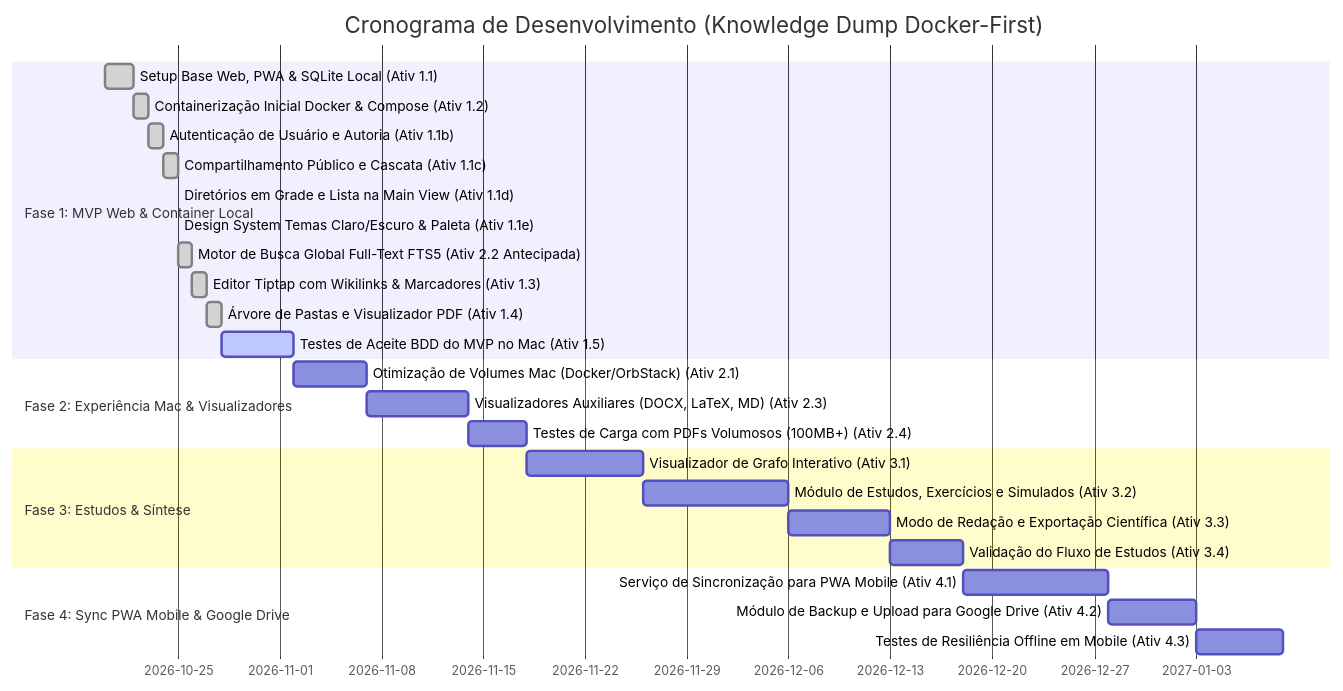
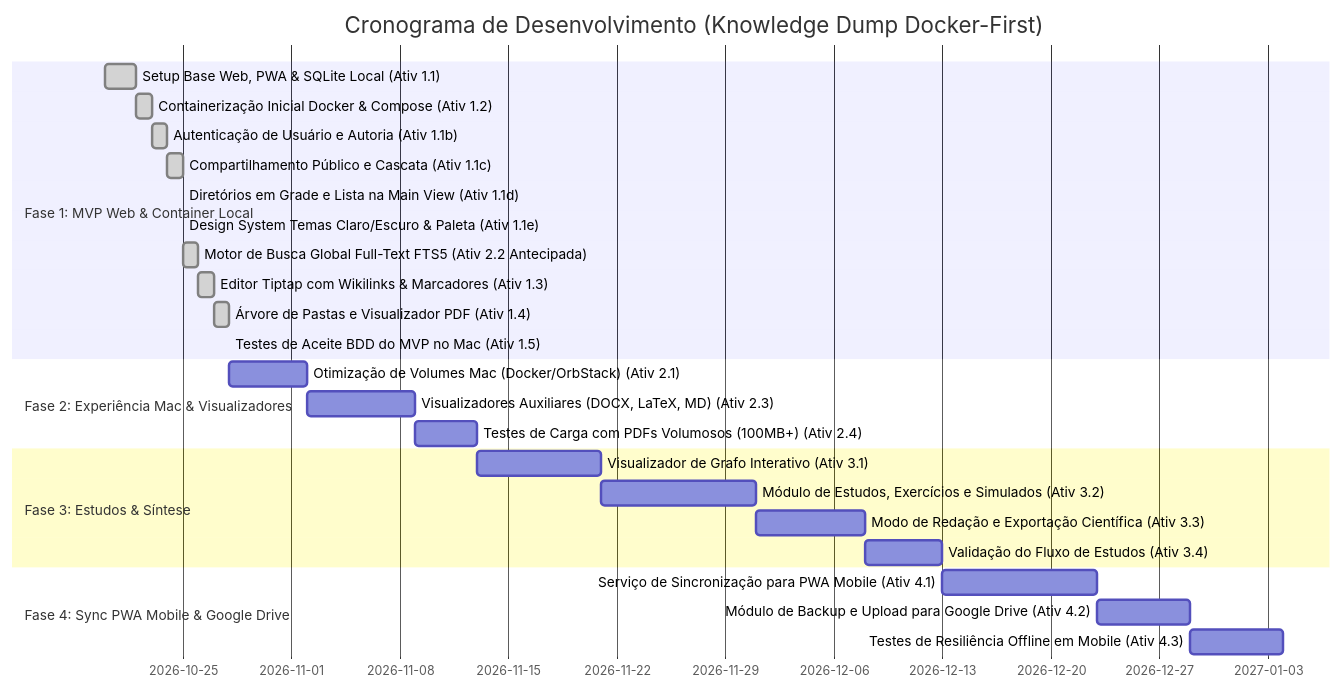
The second of 2 diagrams in docs/arquitetura_e_roadmap.md (victor-reghini/knowledge-dump), drawn with Mermaid before and after one commit. The commit also changed other lines of this file and 2 other files, not shown here.

Commit message:
test(homologacao): add MVP Docker acceptance tests and BDD validation suite

````diff
--- a/docs/arquitetura_e_roadmap.md
+++ b/docs/arquitetura_e_roadmap.md
@@ -56,32 +56,32 @@
 ```mermaid
 gantt
     title Cronograma de Desenvolvimento (Knowledge Dump Docker-First)
     dateFormat  YYYY-MM-DD
     section Fase 1: MVP Web & Container Local
     Setup Base Web, PWA & SQLite Local (Ativ 1.1)             :done, a1, 2026-10-20, 2026-10-22
     Containerização Inicial Docker & Compose (Ativ 1.2)        :done, a2, 2026-10-22, 2026-10-23
     Autenticação de Usuário e Autoria (Ativ 1.1b)              :done, a1b, 2026-10-23, 2026-10-24
     Compartilhamento Público e Cascata (Ativ 1.1c)             :done, a1c, 2026-10-24, 2026-10-25
     Diretórios em Grade e Lista na Main View (Ativ 1.1d)       :done, a1d, 2026-10-25, 2026-10-25
     Design System Temas Claro/Escuro & Paleta (Ativ 1.1e)      :done, a1e, 2026-10-25, 2026-10-25
     Motor de Busca Global Full-Text FTS5 (Ativ 2.2 Antecipada) :done, b2, 2026-10-25, 2026-10-26
     Editor Tiptap com Wikilinks & Marcadores (Ativ 1.3)        :done, a3, 2026-10-26, 2026-10-27
     Árvore de Pastas e Visualizador PDF (Ativ 1.4)             :done, a4, 2026-10-27, 2026-10-28
-    Testes de Aceite BDD do MVP no Mac (Ativ 1.5)              :active, a5, 2026-10-28, 5d
+    Testes de Aceite BDD do MVP no Mac (Ativ 1.5)              :done, a5, 2026-10-28, 2026-10-28
 
     section Fase 2: Experiência Mac & Visualizadores
     Otimização de Volumes Mac (Docker/OrbStack) (Ativ 2.1)     :b1, after a5, 5d
     Visualizadores Auxiliares (DOCX, LaTeX, MD) (Ativ 2.3)     :b3, after b1, 7d
     Testes de Carga com PDFs Volumosos (100MB+) (Ativ 2.4)     :b4, after b3, 4d
 
     section Fase 3: Estudos & Síntese
     Visualizador de Grafo Interativo (Ativ 3.1)                :c1, after b4, 8d
     Módulo de Estudos, Exercícios e Simulados (Ativ 3.2)       :c2, after c1, 10d
     Modo de Redação e Exportação Científica (Ativ 3.3)         :c3, after c2, 7d
     Validação do Fluxo de Estudos (Ativ 3.4)                   :c4, after c3, 5d
 
     section Fase 4: Sync PWA Mobile & Google Drive
     Serviço de Sincronização para PWA Mobile (Ativ 4.1)        :d1, after c4, 10d
     Módulo de Backup e Upload para Google Drive (Ativ 4.2)     :d2, after d1, 6d
     Testes de Resiliência Offline em Mobile (Ativ 4.3)         :d3, after d2, 6d
 ```
````
